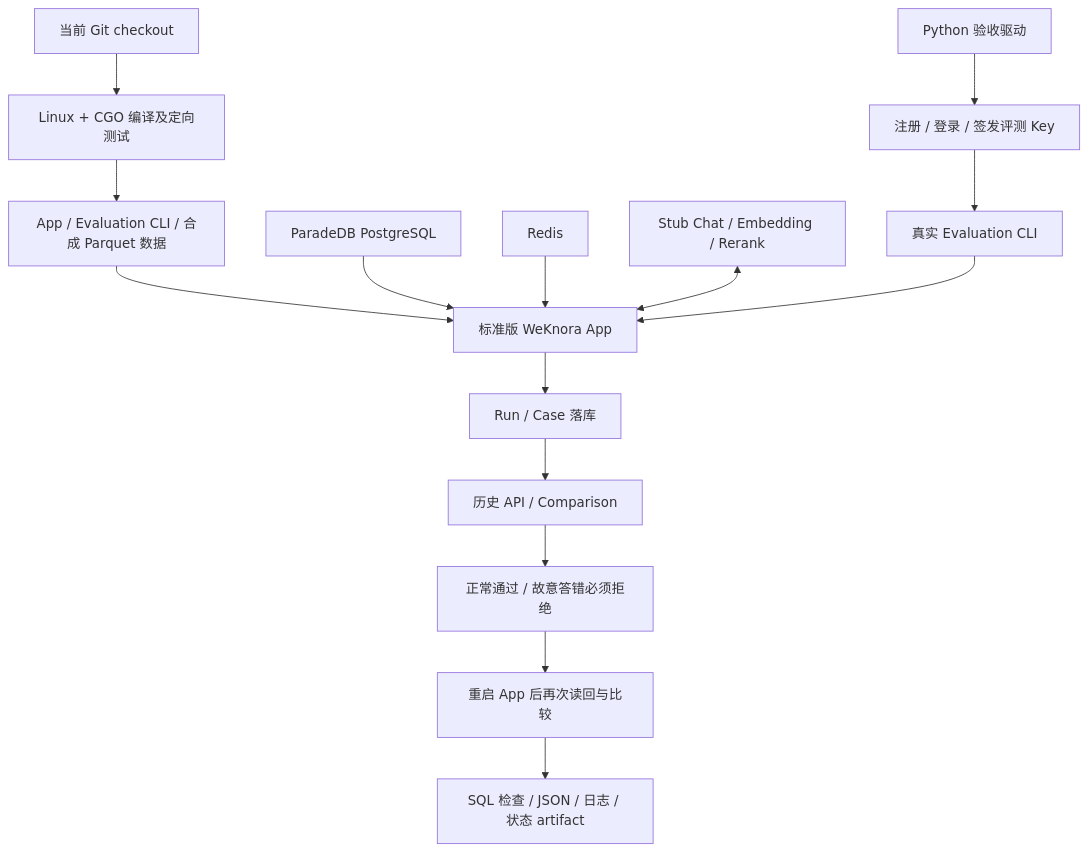
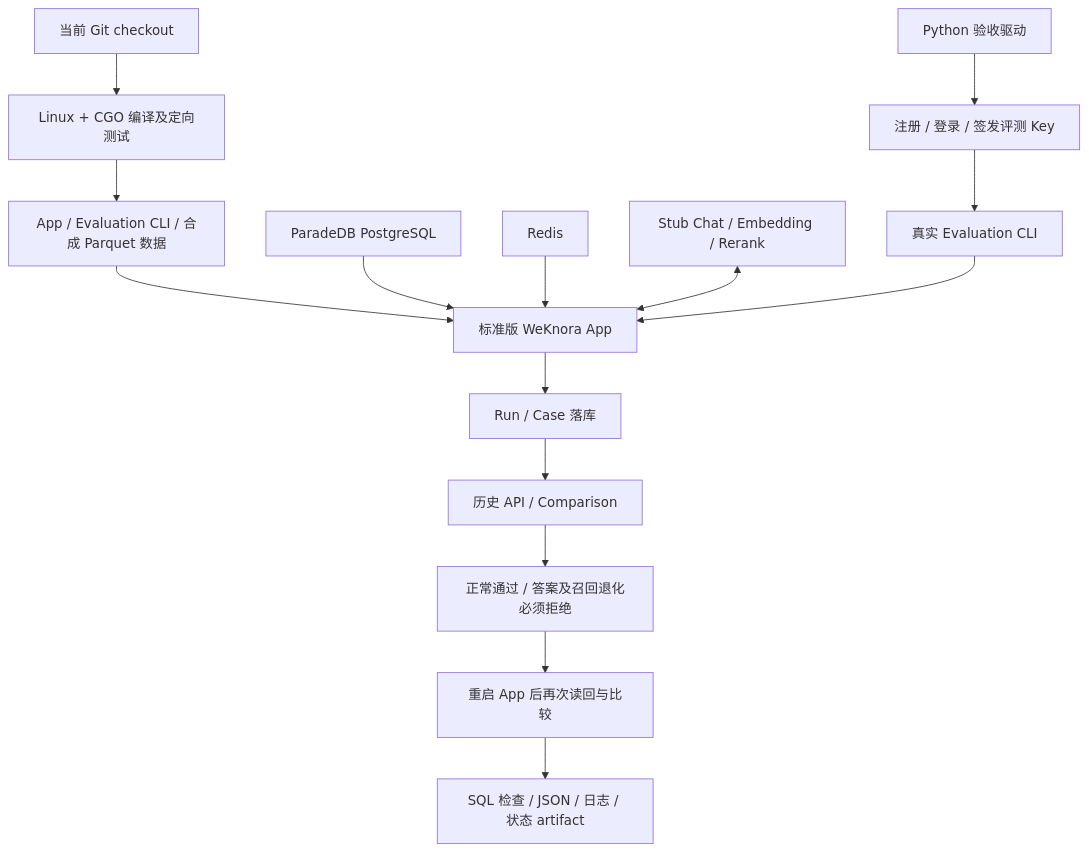
Before and after one commit to yushangcan/WeKnora: the diagram in docs/Evaluation自包含CI设计与验收.md, drawn with Mermaid. The commit also changed other lines of this file and 41 other files, not shown here.

````diff
--- a/docs/Evaluation自包含CI设计与验收.md
+++ b/docs/Evaluation自包含CI设计与验收.md
@@ -22,17 +25,17 @@
 ```mermaid
 flowchart TD
     Source[当前 Git checkout] --> Build[Linux + CGO 编译及定向测试]
     Build --> Binary[App / Evaluation CLI / 合成 Parquet 数据]
     Binary --> App[标准版 WeKnora App]
     PG[ParadeDB PostgreSQL] --> App
     Redis[Redis] --> App
     Stub[Stub Chat / Embedding / Rerank] <--> App
     Runner[Python 验收驱动] --> Auth[注册 / 登录 / 签发评测 Key]
     Auth --> CLI[真实 Evaluation CLI]
     CLI --> App
     App --> DB[Run / Case 落库]
     DB --> History[历史 API / Comparison]
-    History --> Gate[正常通过 / 故意答错必须拒绝]
+    History --> Gate[正常通过 / 答案及召回退化必须拒绝]
     Gate --> Restart[重启 App 后再次读回与比较]
     Restart --> Evidence[SQL 检查 / JSON / 日志 / 状态 artifact]
 ```
````
